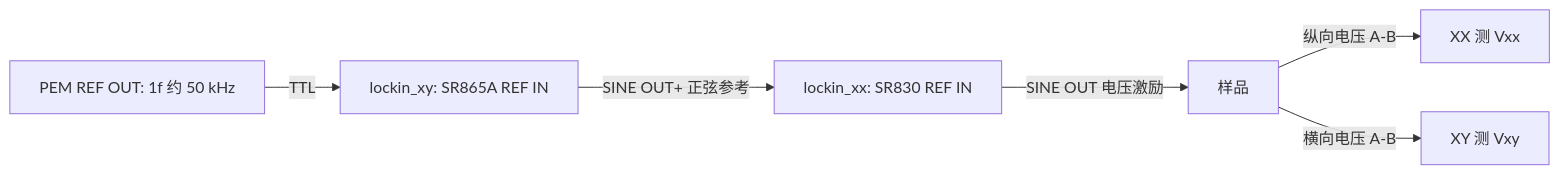
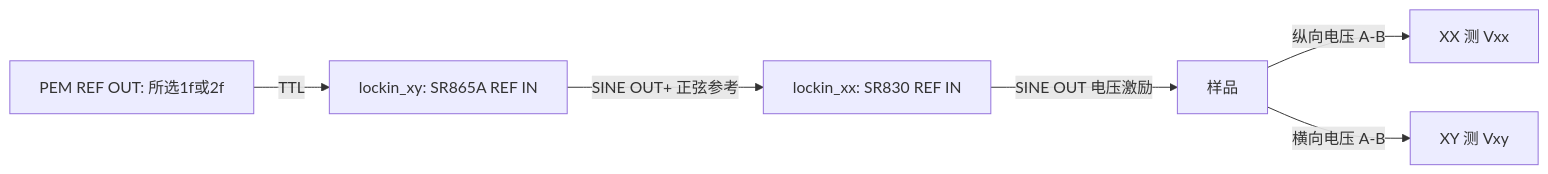
The diagram in docs/PHOTONICS_COMBINATION_SCAN_GUIDE.md (jerryleeinhz/Attodry), drawn with Mermaid before and after one commit. The commit also changed other lines of this file and 74 other files, not shown here.

````diff
--- a/docs/PHOTONICS_COMBINATION_SCAN_GUIDE.md
+++ b/docs/PHOTONICS_COMBINATION_SCAN_GUIDE.md
@@ -15,8 +301,8 @@
 ```mermaid
 flowchart LR
-    PEM[PEM REF OUT: 1f 约 50 kHz] -->|TTL| XY[lockin_xy: SR865A REF IN]
+    PEM[PEM REF OUT: 所选1f或2f] -->|TTL| XY[lockin_xy: SR865A REF IN]
     XY -->|SINE OUT+ 正弦参考| XX[lockin_xx: SR830 REF IN]
     XX -->|SINE OUT 电压激励| SAMPLE[样品]
     SAMPLE -->|纵向电压 A-B| VXX[XX 测 Vxx]
     SAMPLE -->|横向电压 A-B| VXY[XY 测 Vxy]
 ```
````
